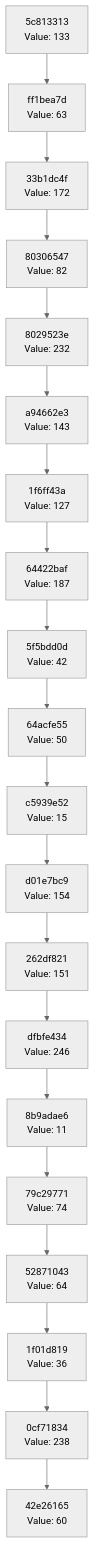
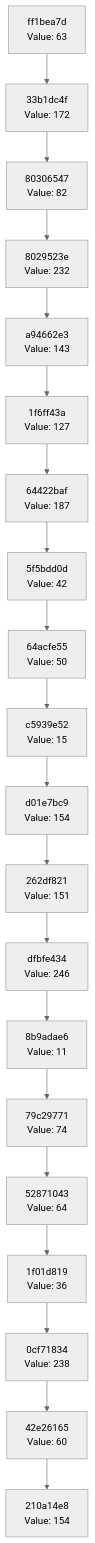
The diagram in docs/CHAIN_VISUALIZATION.md (Abhisheksinha1506/hash-chain-evolver), drawn with Mermaid (neutral theme) before and after one commit. The commit also changed 2 other files, not shown here.

Commit message:
Evolution Step

````diff
--- a/docs/CHAIN_VISUALIZATION.md
+++ b/docs/CHAIN_VISUALIZATION.md
@@ -3,42 +3,42 @@
 ```mermaid
 graph TD
-    C0["42e26165<br/>Value: 60"]
-    C1["0cf71834<br/>Value: 238"]
+    C0["210a14e8<br/>Value: 154"]
+    C1["42e26165<br/>Value: 60"]
     C1 --> C0
-    C2["1f01d819<br/>Value: 36"]
+    C2["0cf71834<br/>Value: 238"]
     C2 --> C1
-    C3["52871043<br/>Value: 64"]
+    C3["1f01d819<br/>Value: 36"]
     C3 --> C2
-    C4["79c29771<br/>Value: 74"]
+    C4["52871043<br/>Value: 64"]
     C4 --> C3
-    C5["8b9adae6<br/>Value: 11"]
+    C5["79c29771<br/>Value: 74"]
     C5 --> C4
-    C6["dfbfe434<br/>Value: 246"]
+    C6["8b9adae6<br/>Value: 11"]
     C6 --> C5
-    C7["262df821<br/>Value: 151"]
+    C7["dfbfe434<br/>Value: 246"]
     C7 --> C6
-    C8["d01e7bc9<br/>Value: 154"]
+    C8["262df821<br/>Value: 151"]
     C8 --> C7
-    C9["c5939e52<br/>Value: 15"]
+    C9["d01e7bc9<br/>Value: 154"]
     C9 --> C8
-    C10["64acfe55<br/>Value: 50"]
+    C10["c5939e52<br/>Value: 15"]
     C10 --> C9
-    C11["5f5bdd0d<br/>Value: 42"]
+    C11["64acfe55<br/>Value: 50"]
     C11 --> C10
-    C12["64422baf<br/>Value: 187"]
+    C12["5f5bdd0d<br/>Value: 42"]
     C12 --> C11
-    C13["1f6ff43a<br/>Value: 127"]
+    C13["64422baf<br/>Value: 187"]
     C13 --> C12
-    C14["a94662e3<br/>Value: 143"]
+    C14["1f6ff43a<br/>Value: 127"]
     C14 --> C13
-    C15["8029523e<br/>Value: 232"]
+    C15["a94662e3<br/>Value: 143"]
     C15 --> C14
-    C16["80306547<br/>Value: 82"]
+    C16["8029523e<br/>Value: 232"]
     C16 --> C15
-    C17["33b1dc4f<br/>Value: 172"]
+    C17["80306547<br/>Value: 82"]
     C17 --> C16
-    C18["ff1bea7d<br/>Value: 63"]
+    C18["33b1dc4f<br/>Value: 172"]
     C18 --> C17
-    C19["5c813313<br/>Value: 133"]
+    C19["ff1bea7d<br/>Value: 63"]
     C19 --> C18
 ```
````
